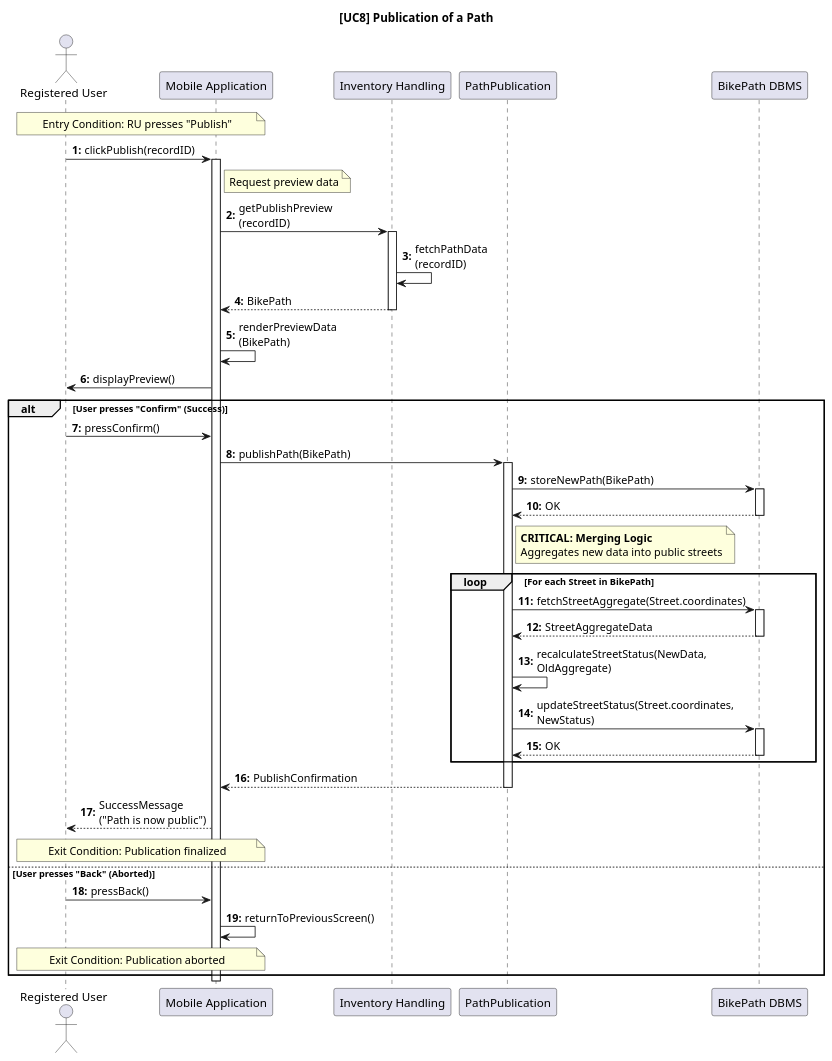
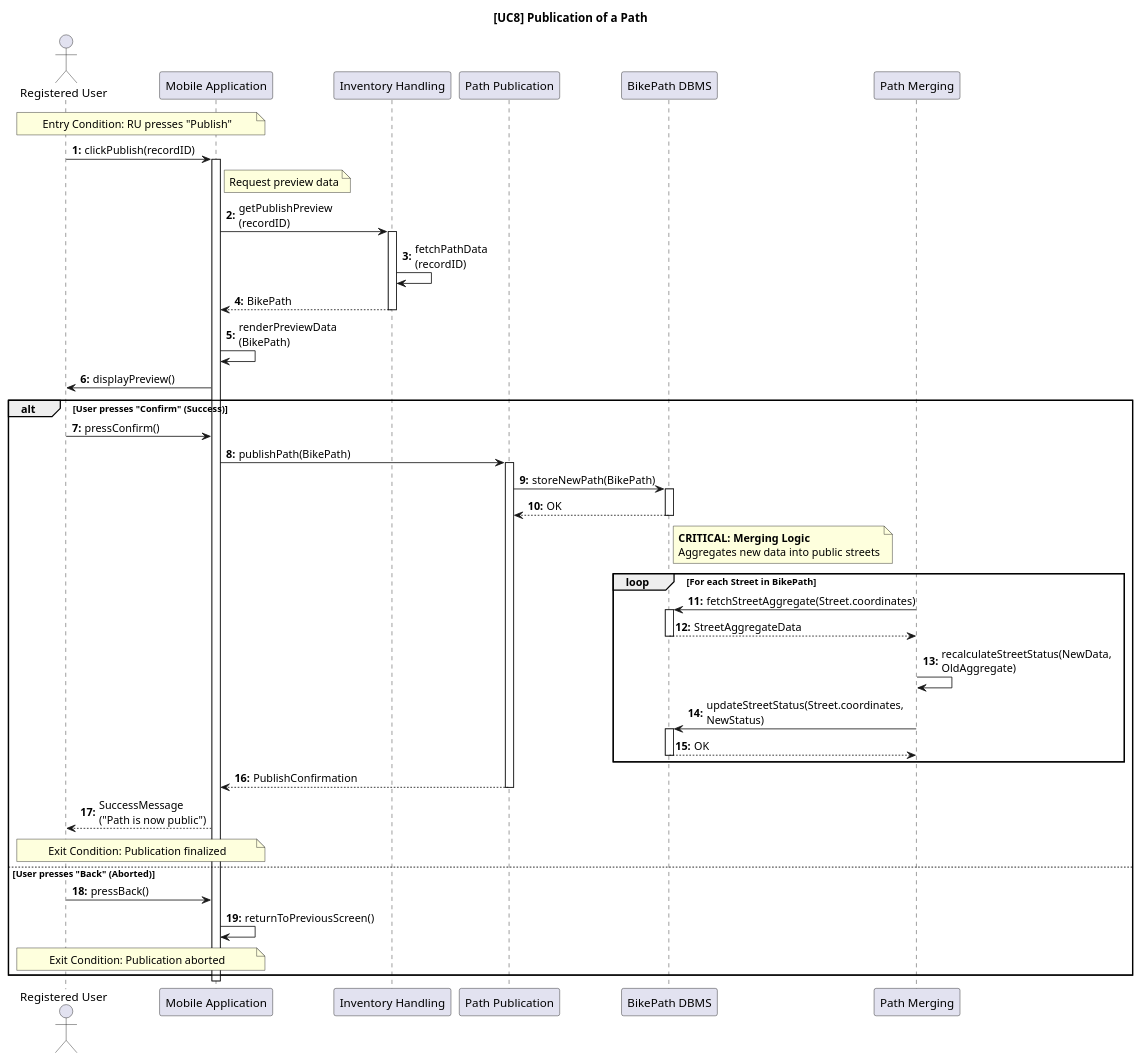
One commit to ilevinci/RubinoUvinsiVinciguerra changed the diagram in DD/sequencediagrams/usecase8.puml. Above: the diagram before and after it, drawn with PlantUML. The commit also changed 6 other files, not shown here.

Commit message:
Inserted path merging component. Corrected minor issues in sequence diagrams

```diff
--- a/DD/sequencediagrams/usecase8.puml
+++ b/DD/sequencediagrams/usecase8.puml
@@ -1,70 +1,71 @@
 @startuml UC8_PublicationPath_Design
 autonumber "<b>0:"
 title [UC8] Publication of a Path
 
 actor "Registered User" as RU
 participant "Mobile Application" as Client
 participant "Inventory Handling" as IH
 
-participant "PathPublication" as PM
+participant "Path Publication" as PM
 participant "BikePath DBMS" as DB
+participant "Path Merging" as PMR
 
 note over RU, Client: Entry Condition: RU presses "Publish"
 
 RU -> Client: clickPublish(recordID)
 activate Client
 
 note right of Client: Request preview data
 Client -> IH: getPublishPreview\n(recordID)
 activate IH
 
 IH -> IH: fetchPathData\n(recordID)
 IH --> Client: BikePath
 deactivate IH
 Client -> Client: renderPreviewData\n(BikePath)
 
 Client -> RU: displayPreview()
 
 alt User presses "Confirm" (Success)
     RU -> Client: pressConfirm()
 
     
     Client -> PM: publishPath(BikePath)
     activate PM
 
     PM -> DB: storeNewPath(BikePath)
     activate DB
     DB --> PM: OK
     deactivate DB
 
-    note right of PM: **CRITICAL: Merging Logic**\nAggregates new data into public streets
+    note right of DB: **CRITICAL: Merging Logic**\nAggregates new data into public streets
     
     loop For each Street in BikePath
-        PM -> DB: fetchStreetAggregate(Street.coordinates)
+        PMR -> DB: fetchStreetAggregate(Street.coordinates)
         activate DB
-        DB --> PM: StreetAggregateData
+        DB --> PMR: StreetAggregateData
         deactivate DB
         
-        PM -> PM: recalculateStreetStatus(NewData, \nOldAggregate)
+        PMR -> PMR: recalculateStreetStatus(NewData, \nOldAggregate)
         
-        PM -> DB: updateStreetStatus(Street.coordinates, \nNewStatus)
+        PMR -> DB: updateStreetStatus(Street.coordinates, \nNewStatus)
         activate DB
-        DB --> PM: OK
+        DB --> PMR: OK
         deactivate DB
     end loop
 
     PM --> Client: PublishConfirmation
     deactivate PM
     
     Client --> RU: SuccessMessage\n("Path is now public")
     note over RU, Client: Exit Condition: Publication finalized
 
 else User presses "Back" (Aborted)
     RU -> Client: pressBack()
     
     Client -> Client: returnToPreviousScreen()
     note over RU, Client: Exit Condition: Publication aborted
 end
 
 deactivate Client
 @enduml
```
